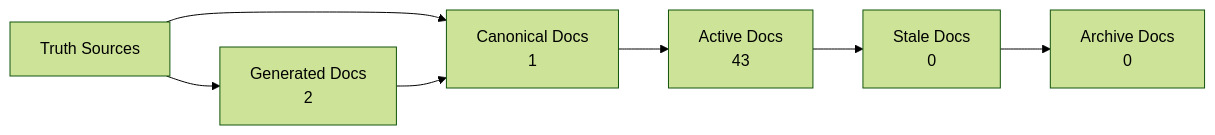
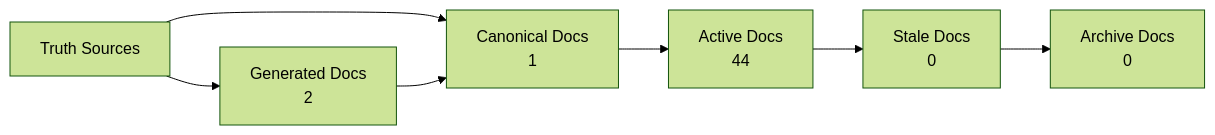
Before and after one commit to Latimer-Woods-Tech/focusbro: the diagram in docs/_generated/docs-trust-map.md, drawn with Mermaid (forest theme). The commit also changed 9 other files, not shown here.

````diff
--- a/docs/_generated/docs-trust-map.md
+++ b/docs/_generated/docs-trust-map.md
@@ -20,14 +20,14 @@
 ```mermaid
 flowchart LR
   truth["Truth Sources"] --> canonical["Canonical Docs"]
   canonical --> active["Active Docs"]
   active --> stale["Stale Docs"]
   stale --> archive["Archive Docs"]
   canonical["Canonical Docs\n1"]
-  active["Active Docs\n43"]
+  active["Active Docs\n44"]
   stale["Stale Docs\n0"]
   archive["Archive Docs\n0"]
   generated["Generated Docs\n2"]
   truth --> generated
   generated --> canonical
 ```
````
